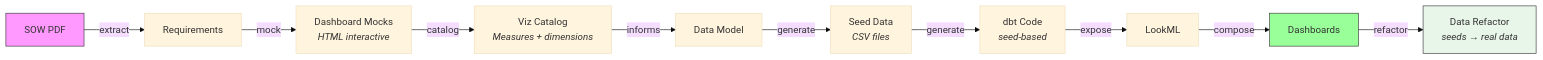
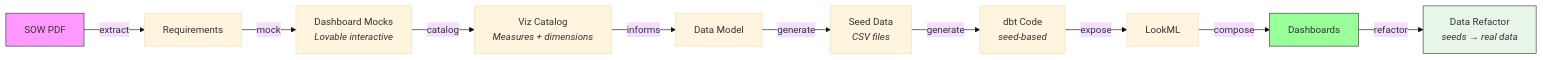
One commit to rittmananalytics/wire-plugin changed the seventh of 15 diagrams in docs/consultant_handbook.md. Above: the diagram before and after it, drawn with Mermaid (base theme). The commit also changed other lines of this file and 121 other files, not shown here.

````diff
--- a/docs/consultant_handbook.md
+++ b/docs/consultant_handbook.md
@@ -467,27 +470,27 @@
 ```mermaid
 graph LR
     SOW["SOW PDF"]
     REQ["Requirements"]
-    MOCK["Dashboard Mocks<br/><i>HTML interactive</i>"]
+    MOCK["Dashboard Mocks<br/><i>Lovable interactive</i>"]
     VIZ["Viz Catalog<br/><i>Measures + dimensions</i>"]
     DM["Data Model"]
     SEED["Seed Data<br/><i>CSV files</i>"]
     DBT["dbt Code<br/><i>seed-based</i>"]
     LML["LookML"]
     DASH["Dashboards"]
     REFACTOR["Data Refactor<br/><i>seeds → real data</i>"]
 
     SOW -->|"extract"| REQ
     REQ -->|"mock"| MOCK
     MOCK -->|"catalog"| VIZ
     VIZ -->|"informs"| DM
     DM -->|"generate"| SEED
     SEED -->|"generate"| DBT
     DBT -->|"expose"| LML
     LML -->|"compose"| DASH
     DASH -->|"refactor"| REFACTOR
 
     style SOW fill:#f9f,stroke:#333
     style DASH fill:#9f9,stroke:#333
     style REFACTOR fill:#e8f5e9,stroke:#333
 ```
````
